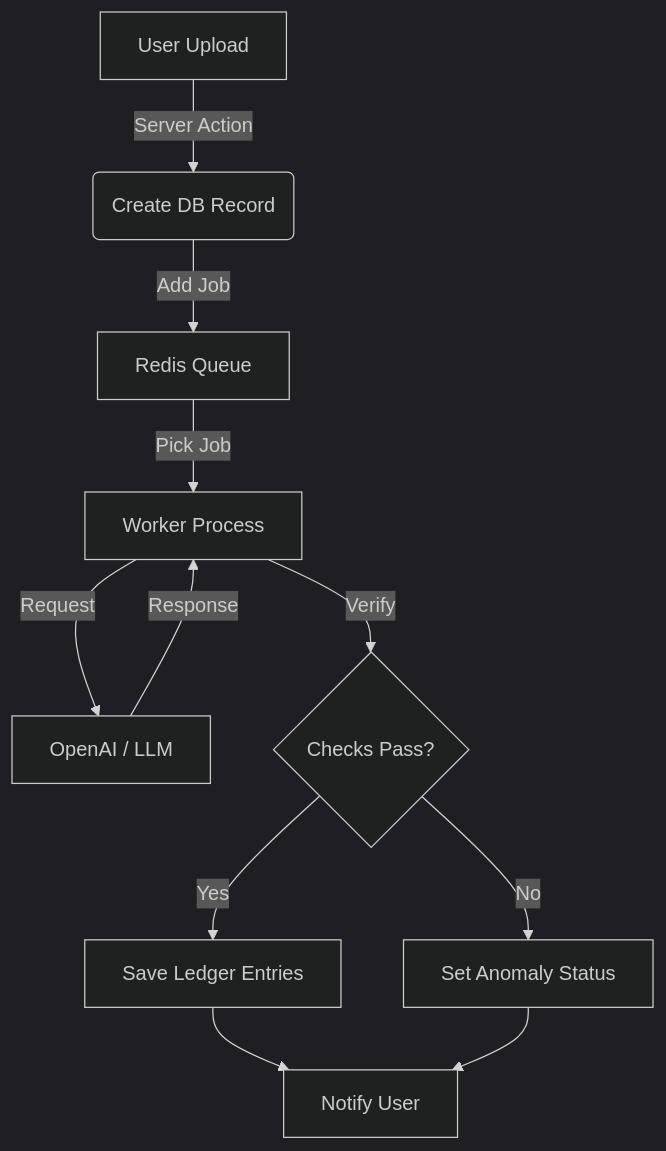
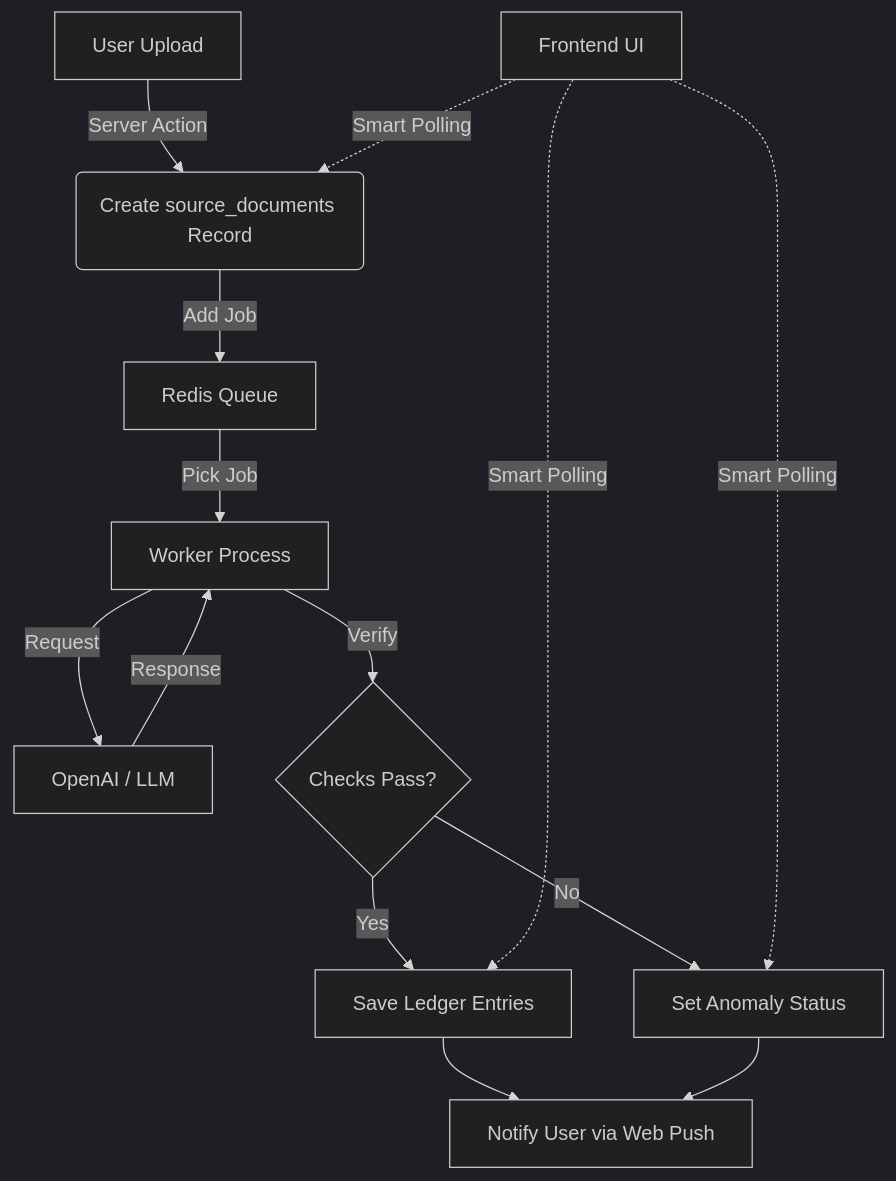
The diagram in docs/ai_pipeline_architecture.md (Xiangyu-Labs/Cashier), drawn with Mermaid (dark theme) before and after one commit. The commit also changed other lines of this file and 3 other files, not shown here.

Commit message:
feat: Enhance real-time document processing updates with smart polling and web push notifications, invalidating completed lists on status changes.

````diff
--- a/docs/ai_pipeline_architecture.md
+++ b/docs/ai_pipeline_architecture.md
@@ -15,13 +17,16 @@
 ```mermaid
 graph TD
-    A[User Upload] -->|Server Action| B(Create DB Record)
+    A[User Upload] -->|Server Action| B(Create source_documents Record)
     B -->|Add Job| C[Redis Queue]
     C -->|Pick Job| D[Worker Process]
     D -->|Request| E[OpenAI / LLM]
     E -->|Response| D
     D -->|Verify| F{Checks Pass?}
     F -->|Yes| G[Save Ledger Entries]
     F -->|No| H[Set Anomaly Status]
-    G --> I[Notify User]
+    G --> I[Notify User via Web Push]
     H --> I
+    J[Frontend UI] -.->|Smart Polling| B
+    J -.->|Smart Polling| G
+    J -.->|Smart Polling| H
 ```
````
